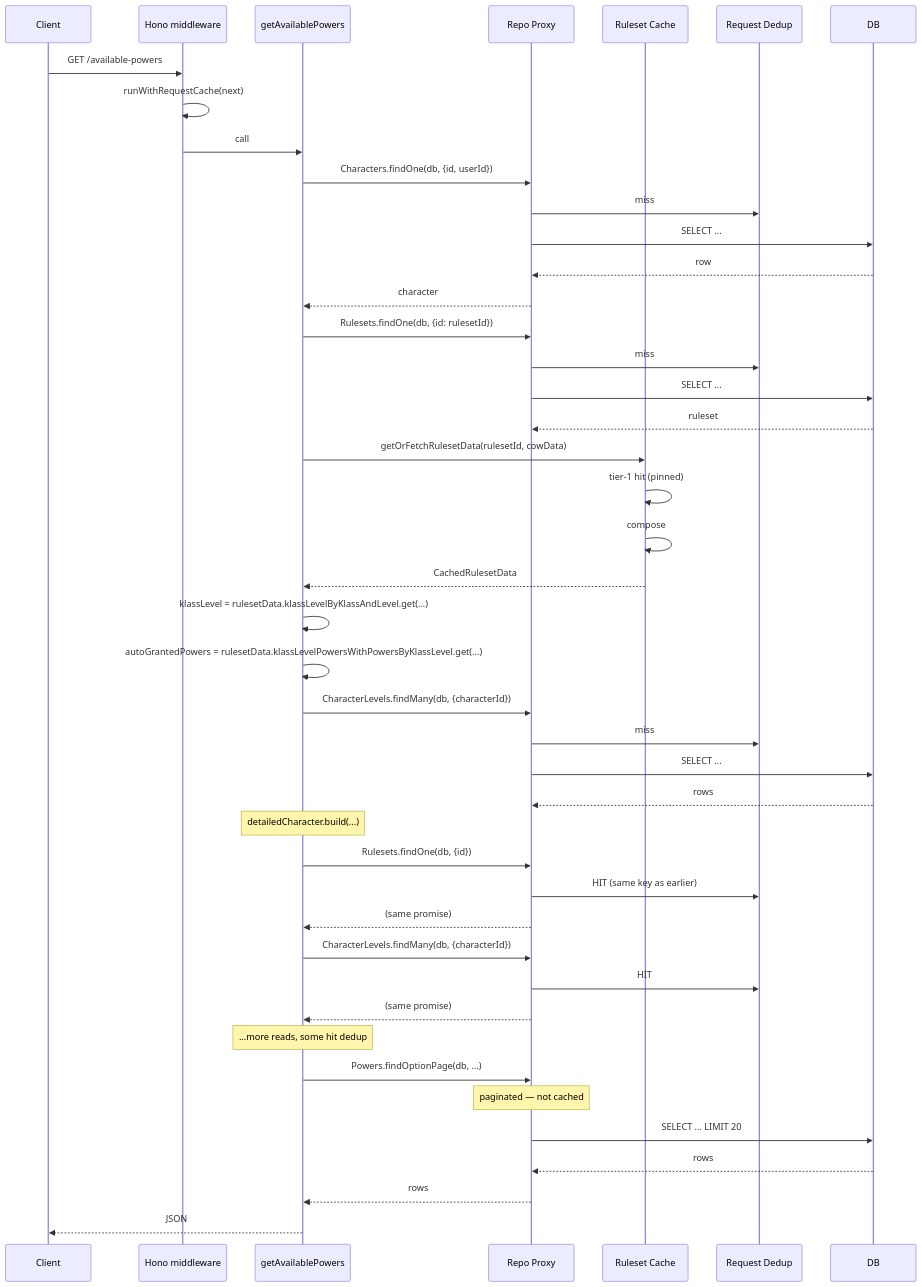
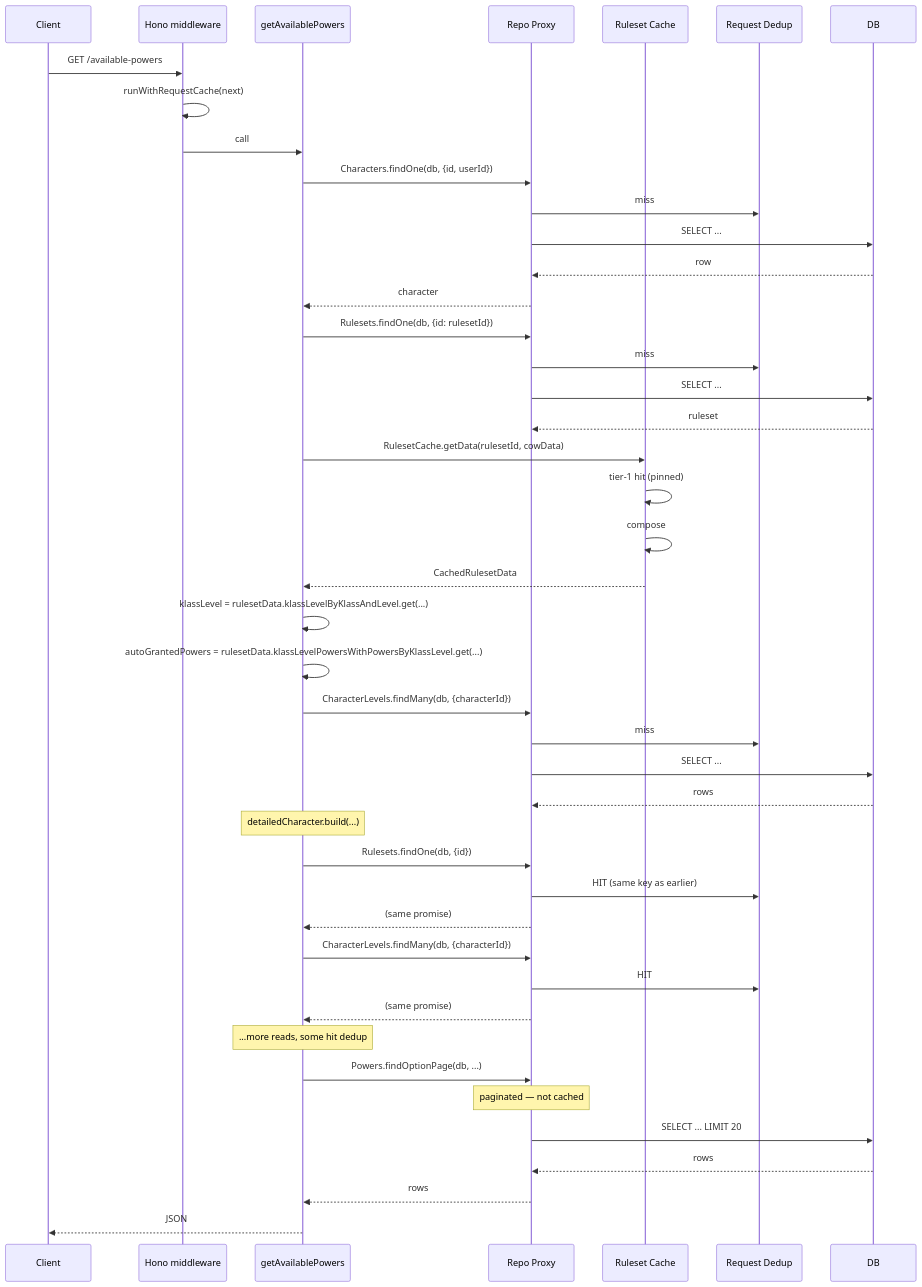
The seventh of 7 diagrams in docs/caching.md (PhilippeChab/arkyvree), drawn with Mermaid before and after one commit. The commit also changed other lines of this file and 52 other files, not shown here.

First line of the commit message:
Make the ruleset cache one class, holding its caches with their reads and invalidation

````diff
--- a/docs/caching.md
+++ b/docs/caching.md
@@ -404,55 +404,55 @@
 ```mermaid
 sequenceDiagram
     participant Client
     participant Middle as Hono middleware
     participant Svc as getAvailablePowers
     participant Repo as Repo Proxy
     participant RS as Ruleset Cache
     participant Dedup as Request Dedup
     participant DB
 
     Client->>Middle: GET /available-powers
     Middle->>Middle: runWithRequestCache(next)
     Middle->>Svc: call
     Svc->>Repo: Characters.findOne(db, {id, userId})
     Repo->>Dedup: miss
     Repo->>DB: SELECT ...
     DB-->>Repo: row
     Repo-->>Svc: character
 
     Svc->>Repo: Rulesets.findOne(db, {id: rulesetId})
     Repo->>Dedup: miss
     Repo->>DB: SELECT ...
     DB-->>Repo: ruleset
 
-    Svc->>RS: getOrFetchRulesetData(rulesetId, cowData)
+    Svc->>RS: RulesetCache.getData(rulesetId, cowData)
     RS->>RS: tier-1 hit (pinned)
     RS->>RS: compose
     RS-->>Svc: CachedRulesetData
 
     Svc->>Svc: klassLevel = rulesetData.klassLevelByKlassAndLevel.get(...)
     Svc->>Svc: autoGrantedPowers = rulesetData.klassLevelPowersWithPowersByKlassLevel.get(...)
 
     Svc->>Repo: CharacterLevels.findMany(db, {characterId})
     Repo->>Dedup: miss
     Repo->>DB: SELECT ...
     DB-->>Repo: rows
 
     Note over Svc: detailedCharacter.build(...)
     Svc->>Repo: Rulesets.findOne(db, {id})
     Repo->>Dedup: HIT (same key as earlier)
     Repo-->>Svc: (same promise)
 
     Svc->>Repo: CharacterLevels.findMany(db, {characterId})
     Repo->>Dedup: HIT
     Repo-->>Svc: (same promise)
 
     Note over Svc: ...more reads, some hit dedup
 
     Svc->>Repo: Powers.findOptionPage(db, ...)
     Note over Repo: paginated — not cached
     Repo->>DB: SELECT ... LIMIT 20
     DB-->>Repo: rows
     Repo-->>Svc: rows
     Svc-->>Client: JSON
 ```
````
